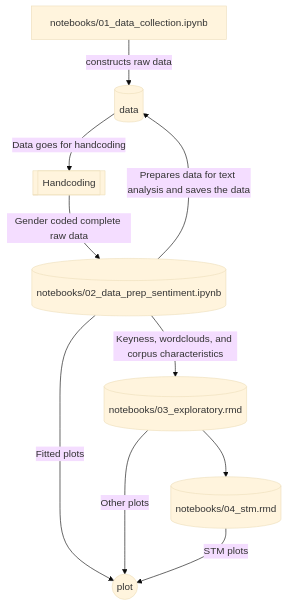
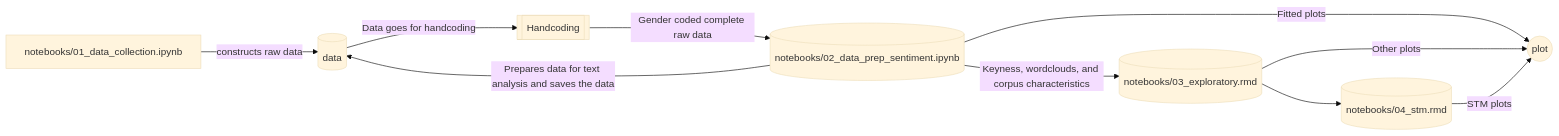
Before and after one commit to TAD600/Audience_Discourse_Gender_Stereotype: the diagram in README.md, drawn with Mermaid (base theme). The commit also changed other lines of this file, not shown here.

Commit message:
Fix mermaid plot direction and email format
Updated the flow direction in the mermaid plot and corrected the contact email formatting.

````diff
--- a/README.md
+++ b/README.md
@@ -9,13 +9,13 @@
 ```mermaid
-flowchart TD
+flowchart LR
     A[notebooks/01_data_collection.ipynb] -->|constructs raw data| B[(data)]
     B -->|Data goes for handcoding| C[[Handcoding]]
     C -->|Gender coded complete raw data| D[(notebooks/02_data_prep_sentiment.ipynb)]
     D -->|Prepares data for text analysis and saves the data| B
     D -->|Fitted plots| E((plot))
     D -->|Keyness, wordclouds, and corpus characteristics| F[(notebooks/03_exploratory.rmd)]
     F --> |Other plots|E
     F --> G[(notebooks/04_stm.rmd)]
     G --> |STM plots|E
 
 ```
````
